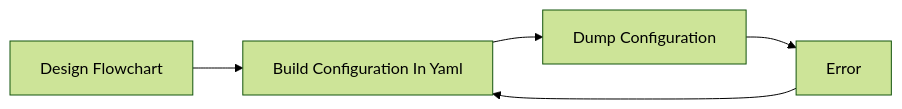
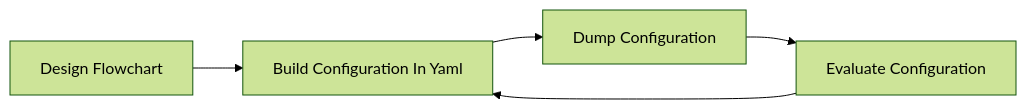
The first of 3 diagrams in README.md (vandetho/symflowbuilder), drawn with Mermaid (forest theme) before and after one commit.

Commit message:
Update process flow in README.md
The 'Error' step in the process flow within README.md has been replaced with 'Evaluate Configuration'. The updated diagram provides a more detailed overview of the SymFlowBuilder operations, clearly illustrating the transition from 'Dump Configuration' to 'Evaluate Configuration'.

````diff
--- a/README.md
+++ b/README.md
@@ -45,11 +45,11 @@
 ```mermaid
 graph LR
 A[Design Flowchart]
 B[Build Configuration In Yaml]
 C[Dump Configuration]
-D[Error]
+D[Evaluate Configuration]
 A --> B
 B --> C
 C --> D
 D --> B
 ```
````
